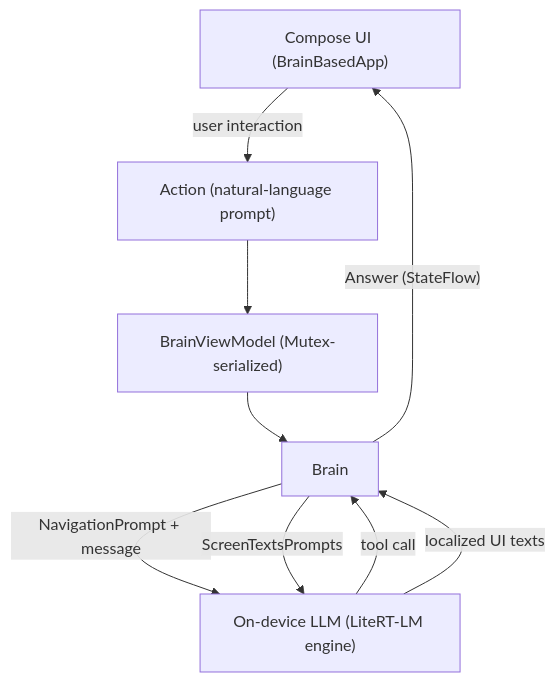
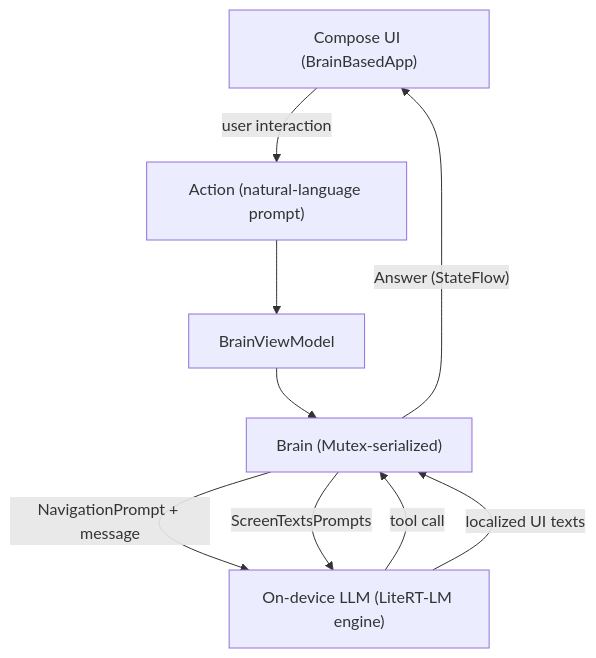
The second of 2 diagrams in README.md (kamilpierudzki/ai-powered-demo-app), drawn with Mermaid before and after one commit. The commit also changed other lines of this file and 2 other files, not shown here.

Commit message:
Move navigation Mutex ownership from BrainViewModel to Brain

````diff
--- a/README.md
+++ b/README.md
@@ -48,11 +48,11 @@
 ```mermaid
 flowchart TD
     UI["Compose UI (BrainBasedApp)"] -->|"user interaction"| Action["Action (natural-language prompt)"]
-    Action --> VM["BrainViewModel (Mutex-serialized)"]
-    VM --> Brain["Brain"]
+    Action --> VM["BrainViewModel"]
+    VM --> Brain["Brain (Mutex-serialized)"]
     Brain -->|"NavigationPrompt + message"| LLM["On-device LLM (LiteRT-LM engine)"]
     LLM -->|"tool call"| Brain
     Brain -->|"Answer (StateFlow)"| UI
     Brain -->|"ScreenTextsPrompts"| LLM
     LLM -->|"localized UI texts"| Brain
 ```
````
